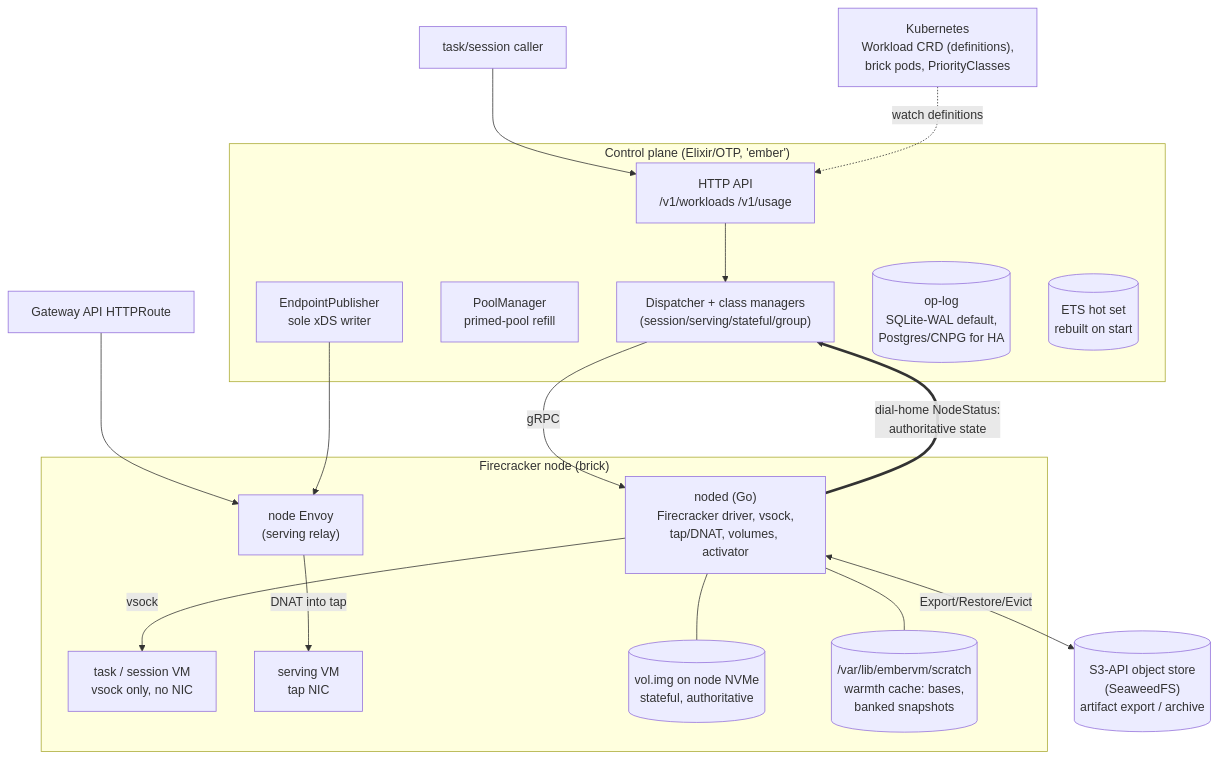
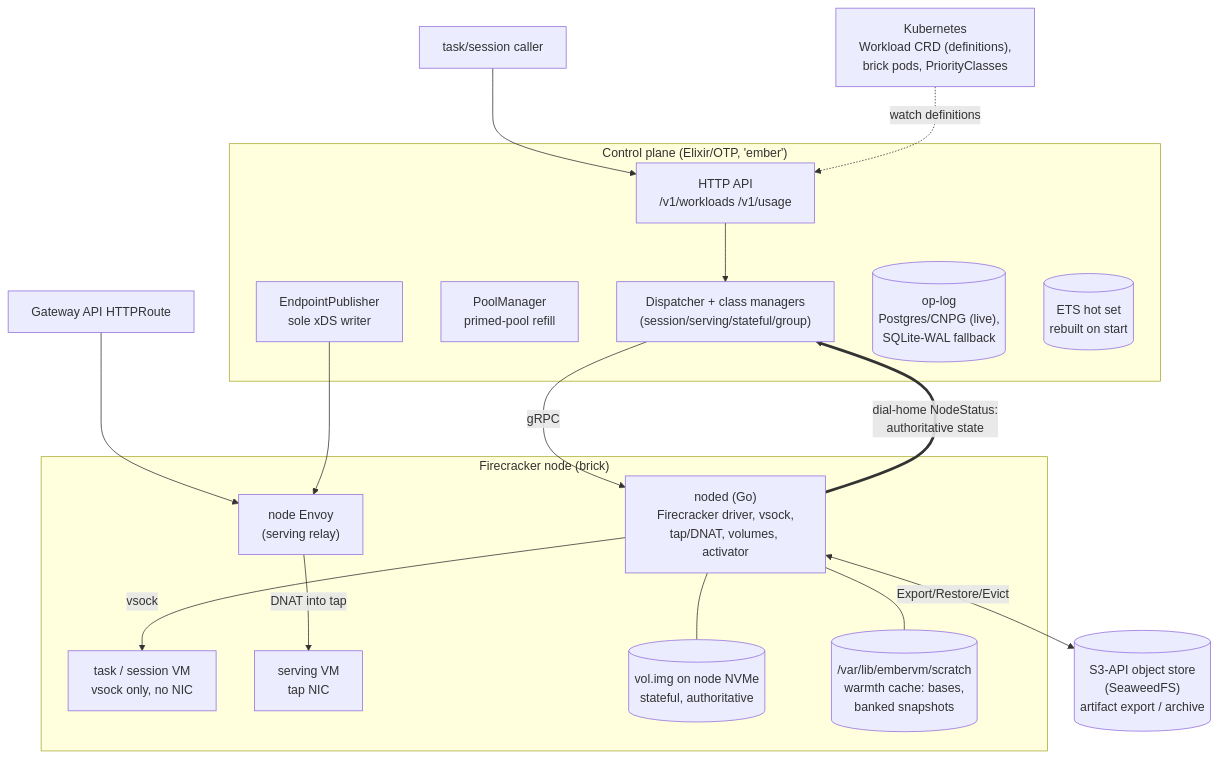
One commit to jomcgi-org/homelab changed the first of 2 diagrams in projects/embervm/ARCHITECTURE.md. Above: the diagram before and after it, drawn with Mermaid. The commit also changed other lines of this file and 12 other files, not shown here.

````diff
--- a/projects/embervm/ARCHITECTURE.md
+++ b/projects/embervm/ARCHITECTURE.md
@@ -74,34 +74,34 @@
 ```mermaid
 graph TB
     subgraph cp ["Control plane (Elixir/OTP, 'ember')"]
         API["HTTP API<br/>/v1/workloads /v1/usage"]
         DISP["Dispatcher + class managers<br/>(session/serving/stateful/group)"]
         POOL["PoolManager<br/>primed-pool refill"]
         XDS["EndpointPublisher<br/>sole xDS writer"]
-        OPLOG[("op-log<br/>SQLite-WAL default,<br/>Postgres/CNPG for HA")]
+        OPLOG[("op-log<br/>Postgres/CNPG (live),<br/>SQLite-WAL fallback")]
         ETS[("ETS hot set<br/>rebuilt on start")]
     end
 
     subgraph node ["Firecracker node (brick)"]
         NODED["noded (Go)<br/>Firecracker driver, vsock,<br/>tap/DNAT, volumes, activator"]
         ENVOY["node Envoy<br/>(serving relay)"]
         VM1["task / session VM<br/>vsock only, no NIC"]
         VM2["serving VM<br/>tap NIC"]
         VOL[("vol.img on node NVMe<br/>stateful, authoritative")]
         SCRATCH[("/var/lib/embervm/scratch<br/>warmth cache: bases,<br/>banked snapshots")]
     end
 
     S3[("S3-API object store<br/>(SeaweedFS)<br/>artifact export / archive")]
     K8S["Kubernetes<br/>Workload CRD (definitions),<br/>brick pods, PriorityClasses"]
 
     CALLER["task/session caller"] --> API
     API --> DISP -->|gRPC| NODED
     NODED -->|vsock| VM1
     EDGE["Gateway API HTTPRoute"] --> ENVOY
     XDS --> ENVOY
     ENVOY -->|DNAT into tap| VM2
     NODED ==>|dial-home NodeStatus:<br/>authoritative state| DISP
     NODED <-->|Export/Restore/Evict| S3
     NODED --- VOL & SCRATCH
     K8S -.->|watch definitions| API
 ```
````
